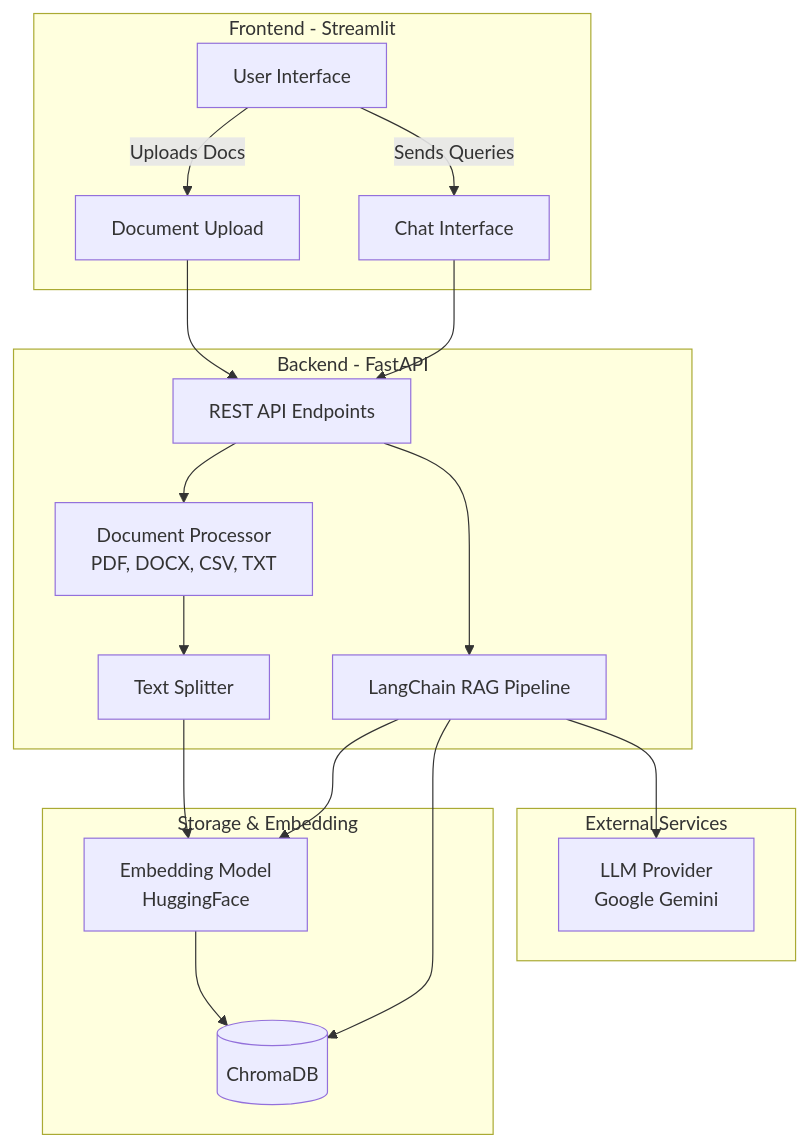
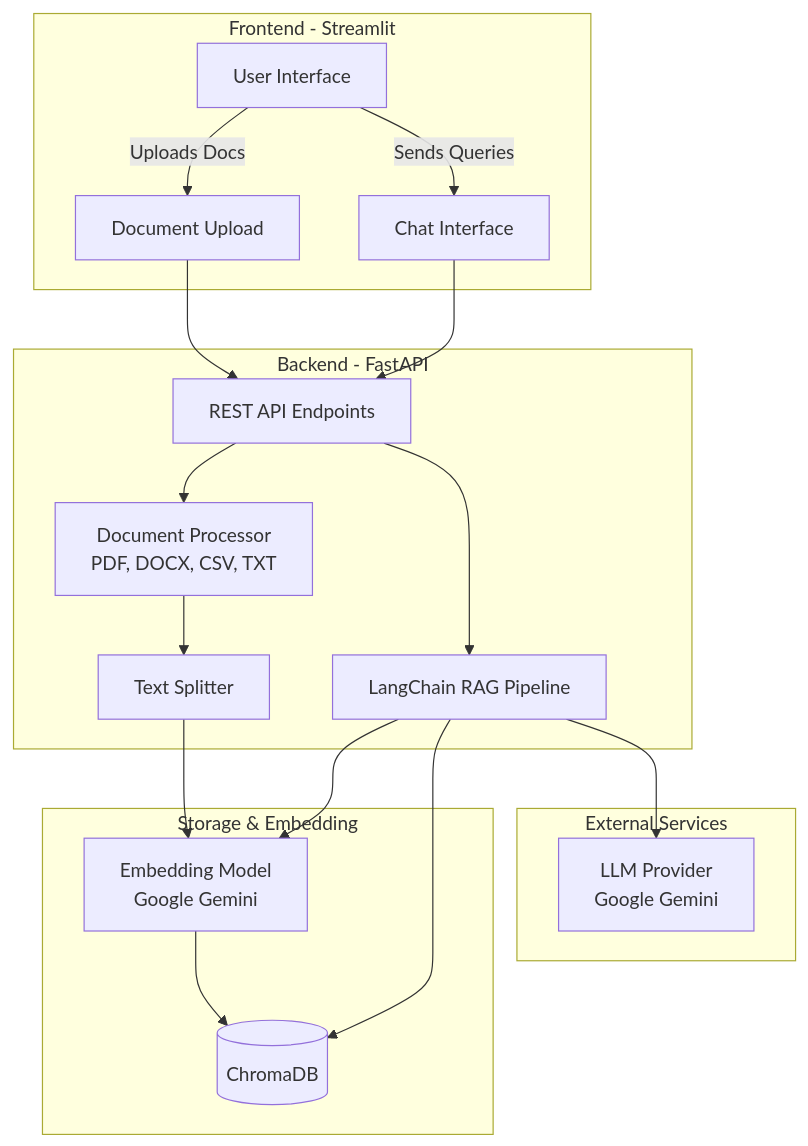
Before and after one commit to vyshnavi2409/Resona: the diagram in README.md, drawn with Mermaid. The commit also changed other lines of this file and 5 other files, not shown here.

````diff
--- a/README.md
+++ b/README.md
@@ -19,40 +19,40 @@
 ```mermaid
 graph TD
     subgraph Frontend [Frontend - Streamlit]
         UI[User Interface]
         Upload[Document Upload]
         Chat[Chat Interface]
     end
 
     subgraph Backend [Backend - FastAPI]
         API[REST API Endpoints]
         DocProc[Document Processor<br/>PDF, DOCX, CSV, TXT]
         Chunker[Text Splitter]
         RAG[LangChain RAG Pipeline]
     end
     
     subgraph Storage [Storage & Embedding]
-        Embed[Embedding Model<br/>HuggingFace]
+        Embed[Embedding Model<br/>Google Gemini]
         VectorDB[(ChromaDB)]
     end
     
     subgraph External [External Services]
         LLM[LLM Provider<br/>Google Gemini]
     end
 
     UI --> |Uploads Docs| Upload
     UI --> |Sends Queries| Chat
     
     Upload --> API
     Chat --> API
     
     API --> DocProc
     DocProc --> Chunker
     Chunker --> Embed
     Embed --> VectorDB
     
     API --> RAG
     RAG --> Embed
     RAG --> VectorDB
     RAG --> LLM
 ```
````
